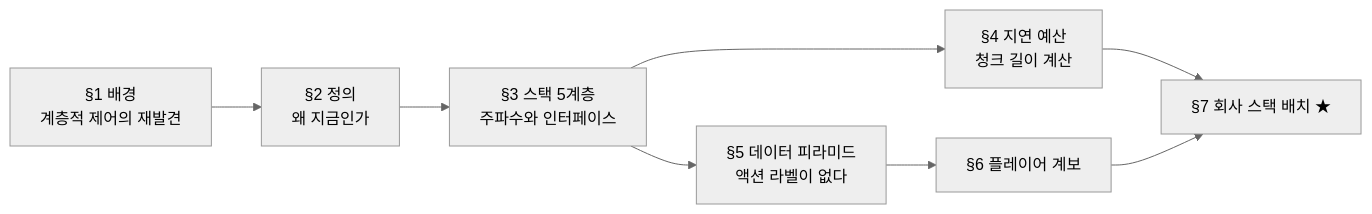
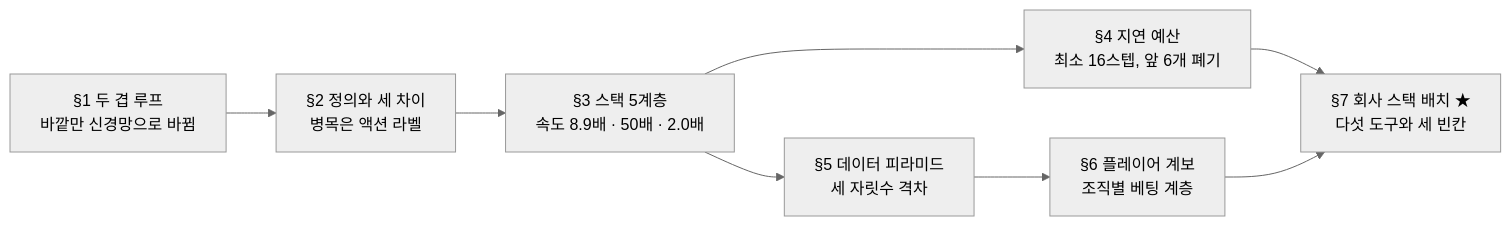
One commit to sguys99/physical-ai-study changed the fourth of 4 diagrams in course/w1-generative-core/01-physical-ai-landscape/lesson.md. Above: the diagram before and after it, drawn with Mermaid (neutral theme). The commit also changed other lines of this file and 2 other files, not shown here.

````diff
--- a/course/w1-generative-core/01-physical-ai-landscape/lesson.md
+++ b/course/w1-generative-core/01-physical-ai-landscape/lesson.md
@@ -680,10 +655,10 @@
 ```mermaid
 flowchart LR
-  S1["§1 배경<br/>계층적 제어의 재발견"] --> S2["§2 정의<br/>왜 지금인가"]
-  S2 --> S3["§3 스택 5계층<br/>주파수와 인터페이스"]
-  S3 --> S4["§4 지연 예산<br/>청크 길이 계산"]
-  S3 --> S5["§5 데이터 피라미드<br/>액션 라벨이 없다"]
-  S4 --> S7["§7 회사 스택 배치 ★"]
-  S5 --> S6["§6 플레이어 계보"]
+  S1["§1 두 겹 루프<br/>바깥만 신경망으로 바뀜"] --> S2["§2 정의와 세 차이<br/>병목은 액션 라벨"]
+  S2 --> S3["§3 스택 5계층<br/>속도 8.9배 · 50배 · 2.0배"]
+  S3 --> S4["§4 지연 예산<br/>최소 16스텝, 앞 6개 폐기"]
+  S3 --> S5["§5 데이터 피라미드<br/>세 자릿수 격차"]
+  S4 --> S7["§7 회사 스택 배치 ★<br/>다섯 도구와 세 빈칸"]
+  S5 --> S6["§6 플레이어 계보<br/>조직별 베팅 계층"]
   S6 --> S7
 ```
````
